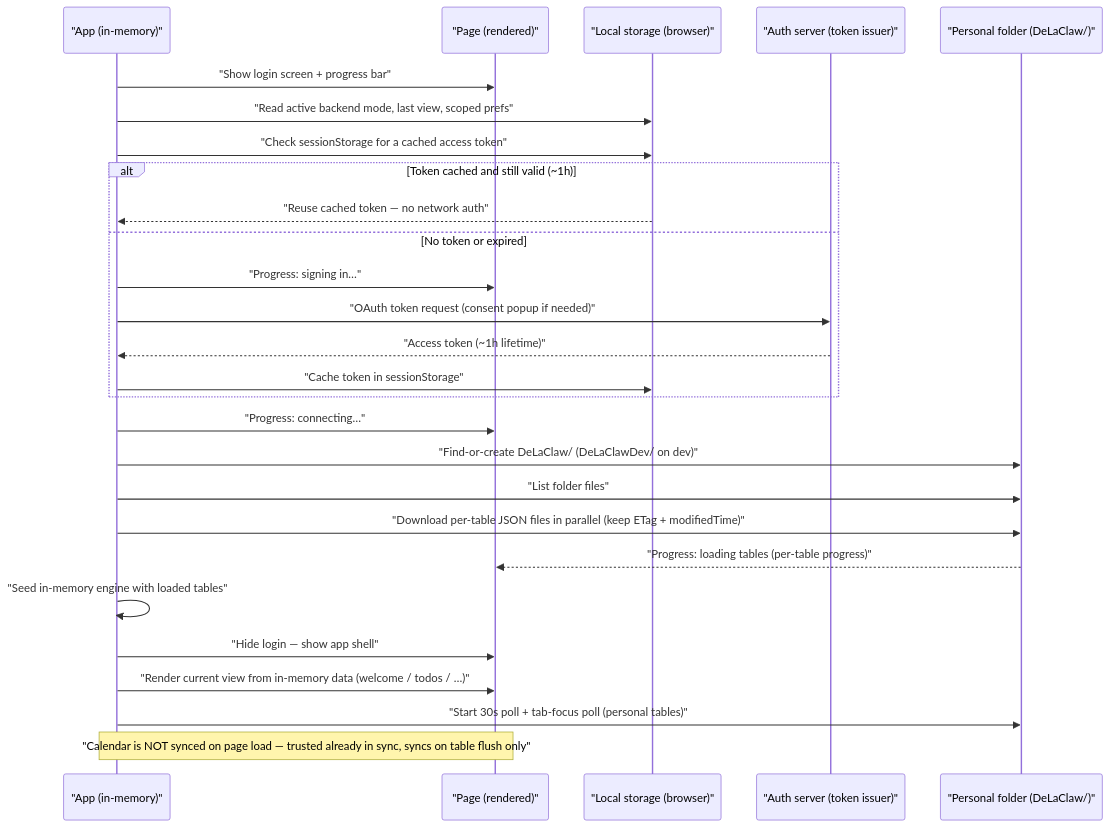
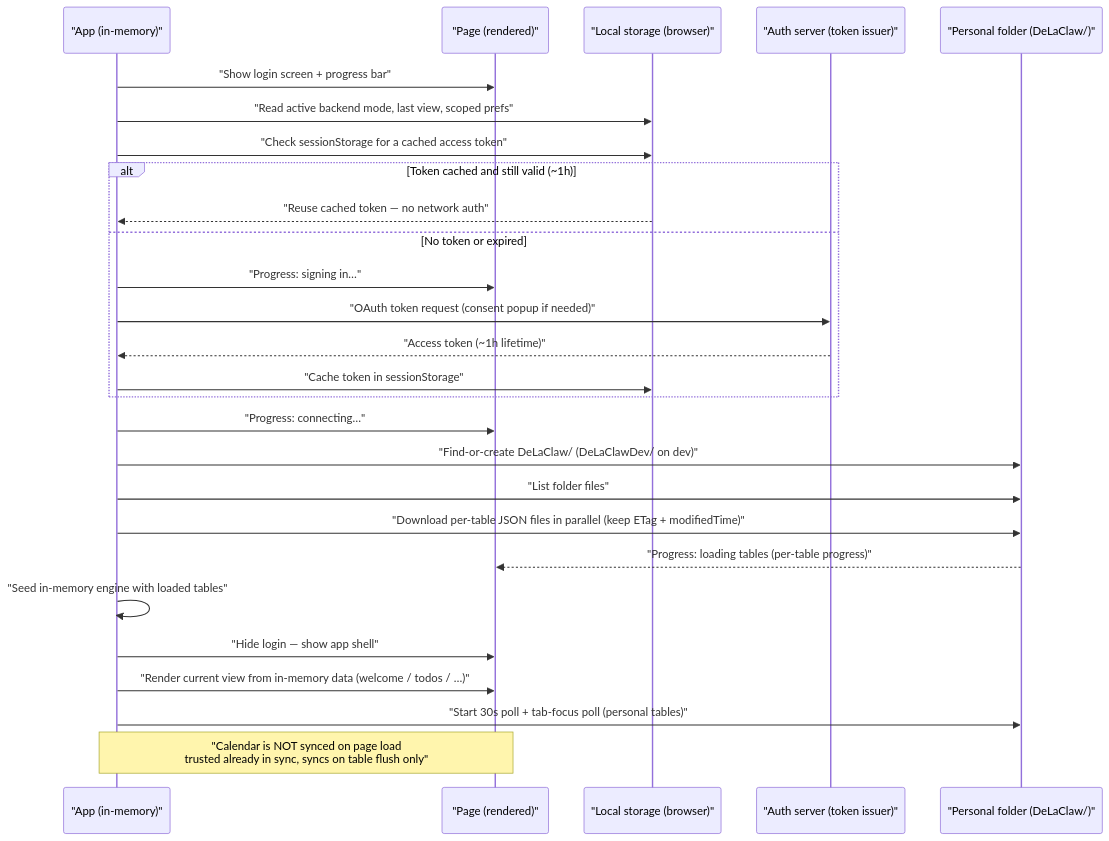
One commit to AntGro/DeLaClaw changed the second of 7 diagrams in docs-site/sync-architecture.md. Above: the diagram before and after it, drawn with Mermaid. The commit also changed other lines of this file and 5 other files, not shown here.

First line of the commit message:
docs(sync): wrap long sequence-diagram notes onto multiple lines

````diff
--- a/docs-site/sync-architecture.md
+++ b/docs-site/sync-architecture.md
@@ -49,33 +49,33 @@
 ```mermaid
 sequenceDiagram
     participant App as "App (in-memory)"
     participant Page as "Page (rendered)"
     participant LS as "Local storage (browser)"
     participant Auth as "Auth server (token issuer)"
     participant PF as "Personal folder (DeLaClaw/)"
 
     App->>Page: "Show login screen + progress bar"
     App->>LS: "Read active backend mode, last view, scoped prefs"
     App->>LS: "Check sessionStorage for a cached access token"
 
     alt Token cached and still valid (~1h)
         LS-->>App: "Reuse cached token — no network auth"
     else No token or expired
         App->>Page: "Progress: signing in…"
         App->>Auth: "OAuth token request (consent popup if needed)"
         Auth-->>App: "Access token (~1h lifetime)"
         App->>LS: "Cache token in sessionStorage"
     end
 
     App->>Page: "Progress: connecting…"
     App->>PF: "Find-or-create DeLaClaw/ (DeLaClawDev/ on dev)"
     App->>PF: "List folder files"
     App->>PF: "Download per-table JSON files in parallel (keep ETag + modifiedTime)"
     PF-->>Page: "Progress: loading tables (per-table progress)"
     App->>App: "Seed in-memory engine with loaded tables"
     App->>Page: "Hide login — show app shell"
     App->>Page: "Render current view from in-memory data (welcome / todos / …)"
     App->>PF: "Start 30s poll + tab-focus poll (personal tables)"
 
-    Note over App,Page: "Calendar is NOT synced on page load — trusted already in sync, syncs on table flush only"
+    Note over App,Page: "Calendar is NOT synced on page load<br/>trusted already in sync, syncs on table flush only"
 ```
````
